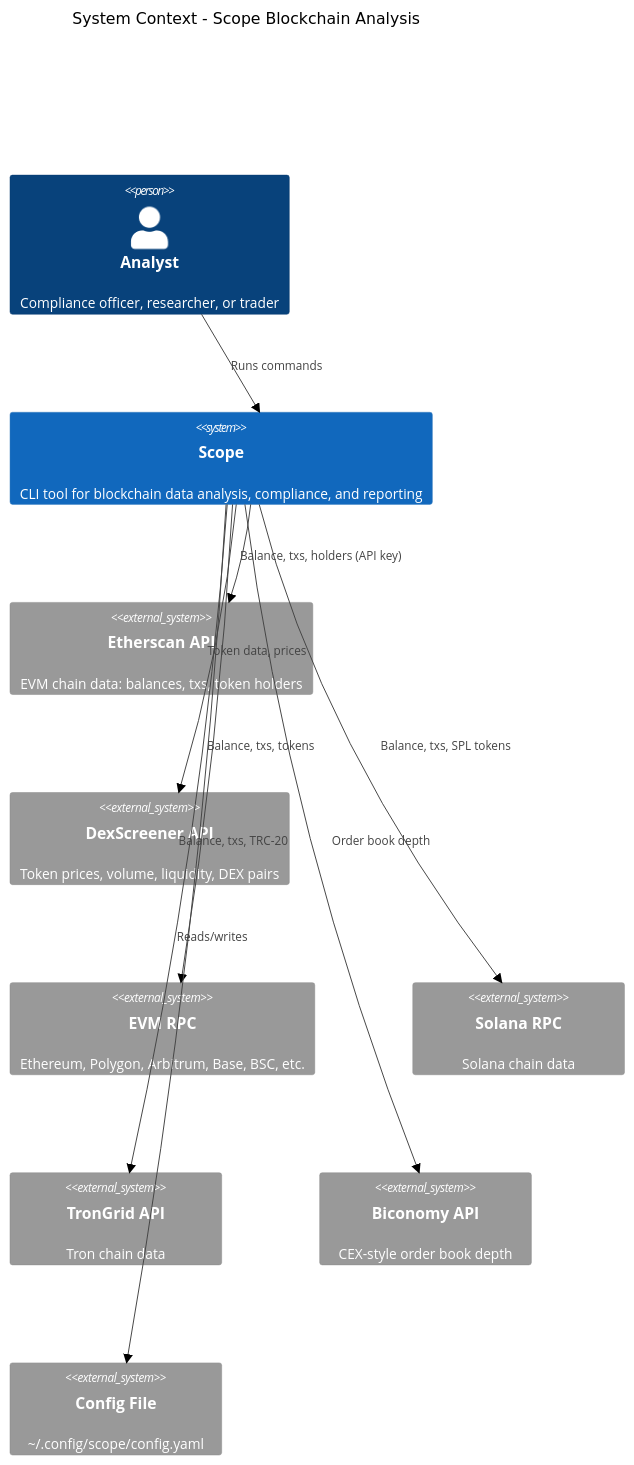
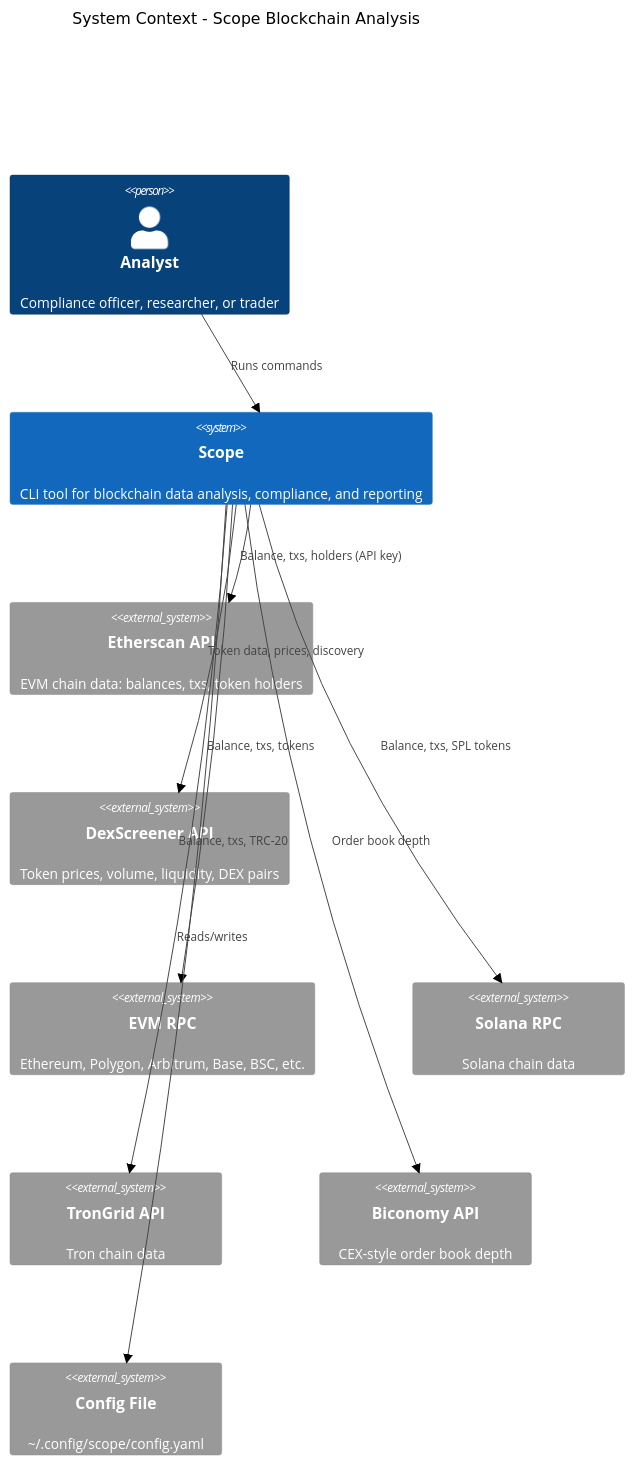
One commit to robot-accomplice/scope-blockchain-analysis changed the diagram in docs/architecture/c4-context.md. Above: the diagram before and after it, drawn with Mermaid (forest theme). The commit also changed other lines of this file and 33 other files, not shown here.

````diff
--- a/docs/architecture/c4-context.md
+++ b/docs/architecture/c4-context.md
@@ -5,25 +5,25 @@
 ```mermaid
 C4Context
     title System Context - Scope Blockchain Analysis
 
     Person(analyst, "Analyst", "Compliance officer, researcher, or trader")
 
     System(scope, "Scope", "CLI tool for blockchain data analysis, compliance, and reporting")
 
     System_Ext(etherscan, "Etherscan API", "EVM chain data: balances, txs, token holders")
     System_Ext(dexscreener, "DexScreener API", "Token prices, volume, liquidity, DEX pairs")
     System_Ext(rpc_evm, "EVM RPC", "Ethereum, Polygon, Arbitrum, Base, BSC, etc.")
     System_Ext(rpc_solana, "Solana RPC", "Solana chain data")
     System_Ext(trongrid, "TronGrid API", "Tron chain data")
     System_Ext(biconomy, "Biconomy API", "CEX-style order book depth")
     System_Ext(config, "Config File", "~/.config/scope/config.yaml")
 
     Rel(analyst, scope, "Runs commands")
     Rel(scope, etherscan, "Balance, txs, holders (API key)")
-    Rel(scope, dexscreener, "Token data, prices")
+    Rel(scope, dexscreener, "Token data, prices, discovery")
     Rel(scope, rpc_evm, "Balance, txs, tokens")
     Rel(scope, rpc_solana, "Balance, txs, SPL tokens")
     Rel(scope, trongrid, "Balance, txs, TRC-20")
     Rel(scope, biconomy, "Order book depth")
     Rel(scope, config, "Reads/writes")
 ```
````
